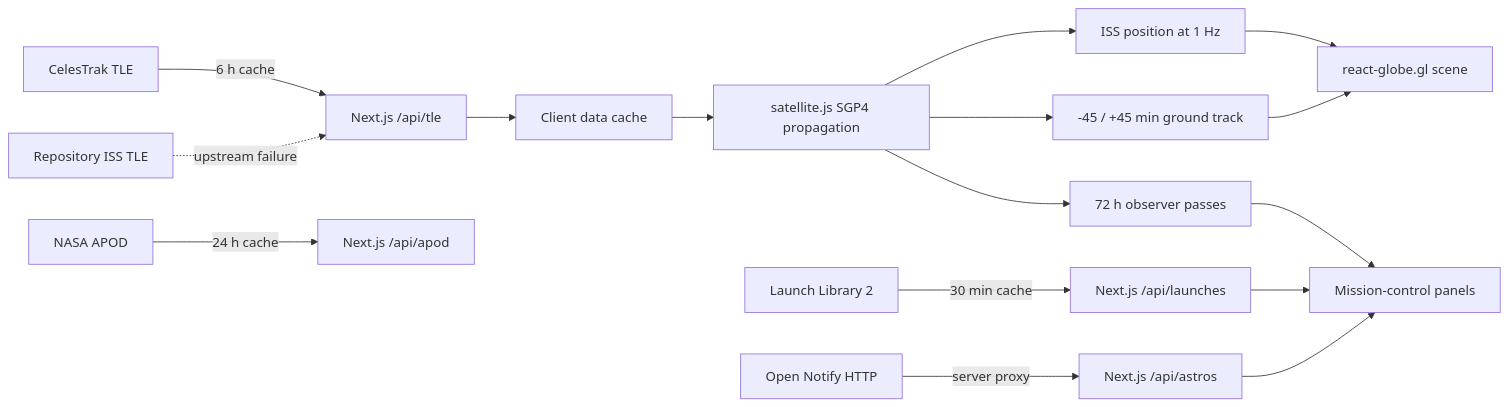
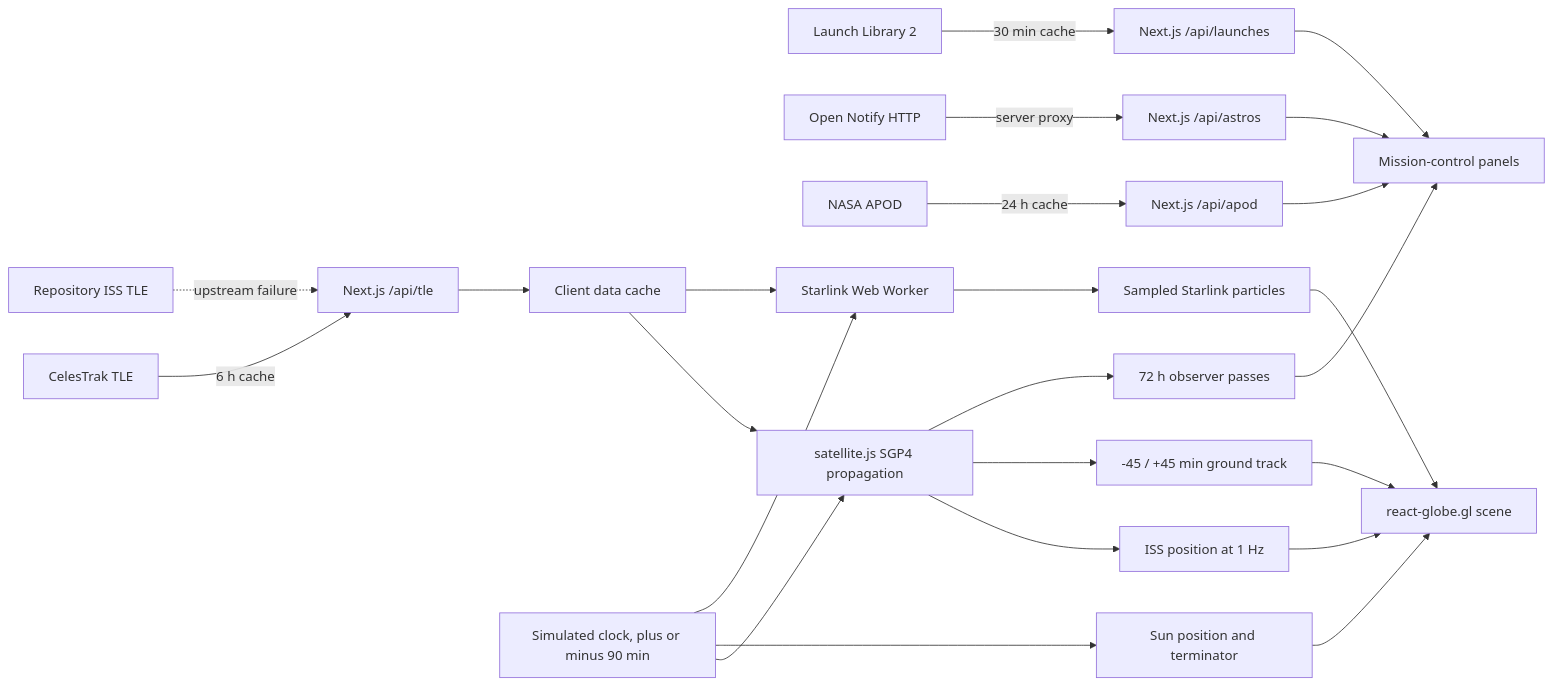
Before and after one commit to MertArtun/orbital: the diagram in README.md, drawn with Mermaid. The commit also changed other lines of this file and 12 other files, not shown here.

````diff
--- a/README.md
+++ b/README.md
@@ -38,20 +44,28 @@
 ```mermaid
 flowchart LR
   CT[CelesTrak TLE] -->|6 h cache| TLE[Next.js /api/tle]
   LL[Launch Library 2] -->|30 min cache| LAPI[Next.js /api/launches]
   ON[Open Notify HTTP] -->|server proxy| AAPI[Next.js /api/astros]
   APOD[NASA APOD] -->|24 h cache| NAPI[Next.js /api/apod]
 
   TLE --> CLIENT[Client data cache]
   CLIENT --> SGP4[satellite.js SGP4 propagation]
+  CLIENT --> WORKER[Starlink Web Worker]
+  CLOCK[Simulated clock, plus or minus 90 min] --> SGP4
+  CLOCK --> SUN[Sun position and terminator]
+  CLOCK --> WORKER
   SGP4 --> POS[ISS position at 1 Hz]
   SGP4 --> TRACK[-45 / +45 min ground track]
   SGP4 --> PASSES[72 h observer passes]
+  WORKER --> POINTS[Sampled Starlink particles]
   POS --> GLOBE[react-globe.gl scene]
   TRACK --> GLOBE
+  SUN --> GLOBE
+  POINTS --> GLOBE
   PASSES --> UI[Mission-control panels]
   LAPI --> UI
   AAPI --> UI
+  NAPI --> UI
 
   FALLBACK[Repository ISS TLE] -. upstream failure .-> TLE
 ```
````
